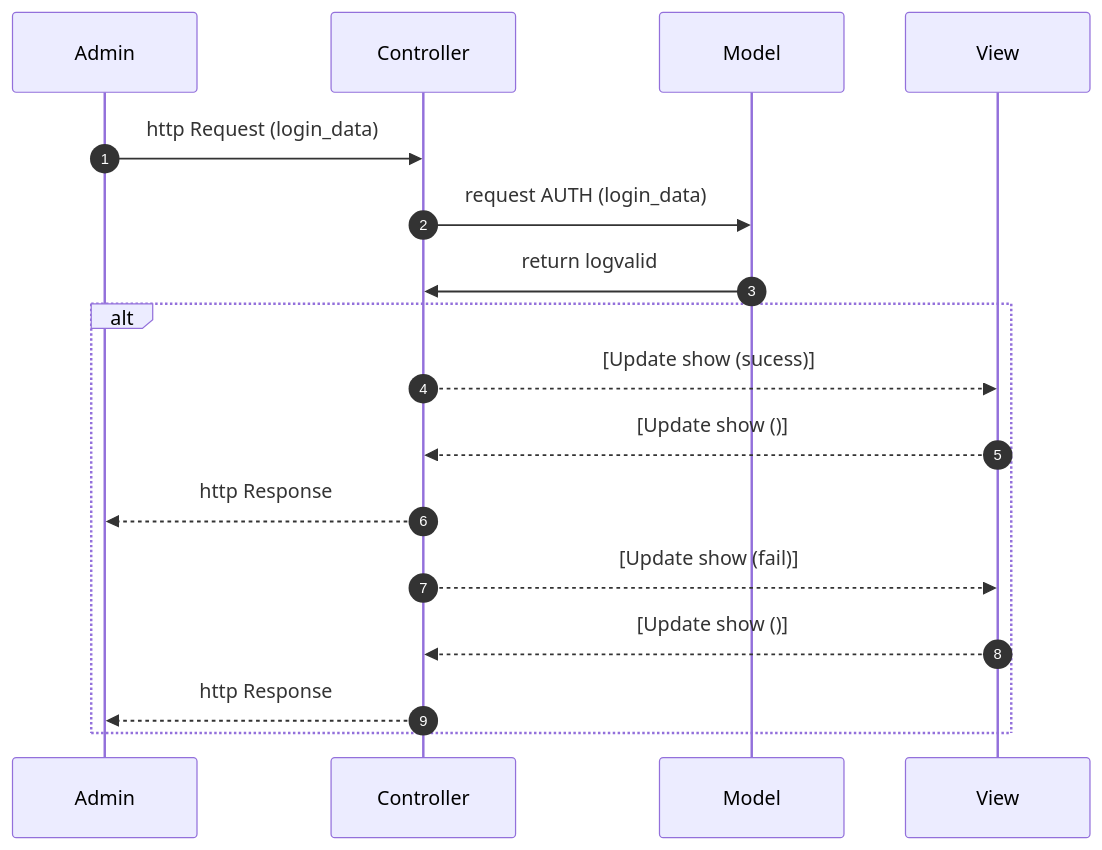
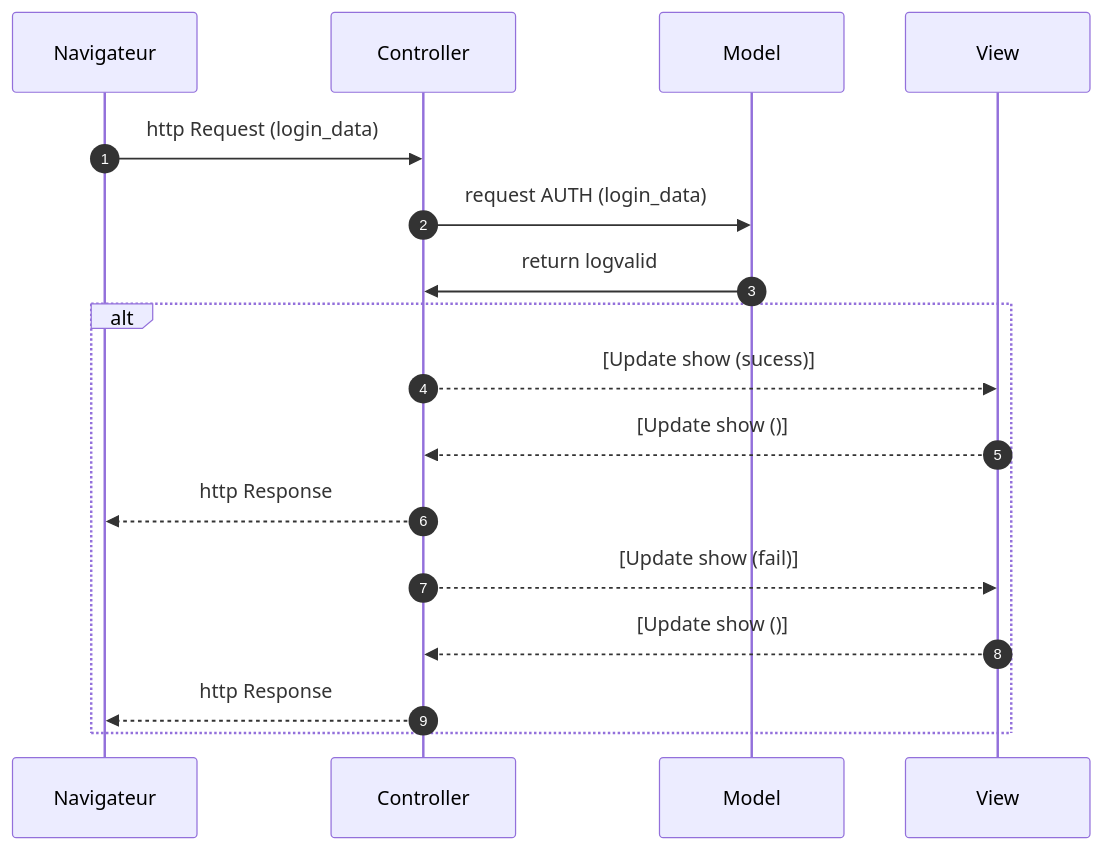
One commit to juliexcode/sprint-07 changed the third of 3 diagrams in README.md. Above: the diagram before and after it, drawn with Mermaid. The commit also changed other lines of this file, not shown here.

````diff
--- a/README.md
+++ b/README.md
@@ -41,17 +41,17 @@
 ```mermaid
 sequenceDiagram
     autonumber
-    Admin->>Controller: http Request (login_data) 
+    Navigateur->>Controller: http Request (login_data) 
     Controller->>Model: request AUTH (login_data) 
     Model->>Controller: return logvalid 
 
      alt 
     Controller-->>View: [Update show (sucess)] 
     View-->>Controller: [Update show ()] 
-    Controller-->>Admin: http Response 
+    Controller-->>Navigateur: http Response 
 
     Controller-->>View: [Update show (fail)] 
     View-->>Controller: [Update show ()] 
-    Controller-->>Admin: http Response
+    Controller-->>Navigateur: http Response
     end
 ```
````
